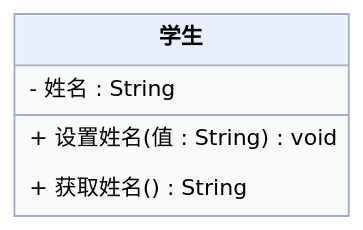
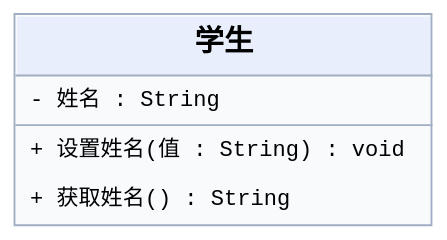
Before and after one commit to edetroll/java-oop: the diagram in content/chapters/03-adatrejtes/media/hallgato-zh.dot, drawn with Graphviz. The commit also changed 38 other files, not shown here.

```diff
--- a/content/chapters/03-adatrejtes/media/hallgato-zh.dot
+++ b/content/chapters/03-adatrejtes/media/hallgato-zh.dot
@@ -1,1 +1,1 @@
-digraph G { graph [bgcolor="transparent",pad="0.05"]; node [shape=plaintext,fontname="DejaVu Sans",fontsize=12]; a [label=<<TABLE BORDER="1" CELLBORDER="0" CELLSPACING="0" CELLPADDING="7" COLOR="#a0adc2" BGCOLOR="#f8fafc"><TR><TD BGCOLOR="#e8eefc"><B>学生</B></TD></TR><HR/><TR><TD ALIGN="LEFT" BALIGN="LEFT">- 姓名 : String</TD></TR><HR/><TR><TD ALIGN="LEFT" BALIGN="LEFT">+ 设置姓名(值 : String) : void</TD></TR><TR><TD ALIGN="LEFT" BALIGN="LEFT">+ 获取姓名() : String</TD></TR></TABLE>>]; }
+digraph G { graph [bgcolor="transparent",pad="0.05"]; node [shape=plaintext,fontname="Liberation Mono",fontsize=12]; a [label=<<TABLE BORDER="1" CELLBORDER="0" CELLSPACING="0" CELLPADDING="7" COLOR="#a0adc2" BGCOLOR="#f8fafc"><TR><TD BGCOLOR="#e8eefc"><FONT FACE="Liberation Mono" POINT-SIZE="16"><B>学生</B></FONT></TD></TR><HR/><TR><TD ALIGN="LEFT" BALIGN="LEFT">- 姓名 : String</TD></TR><HR/><TR><TD ALIGN="LEFT" BALIGN="LEFT">+ 设置姓名(值 : String) : void</TD></TR><TR><TD ALIGN="LEFT" BALIGN="LEFT">+ 获取姓名() : String</TD></TR></TABLE>>]; }
```
